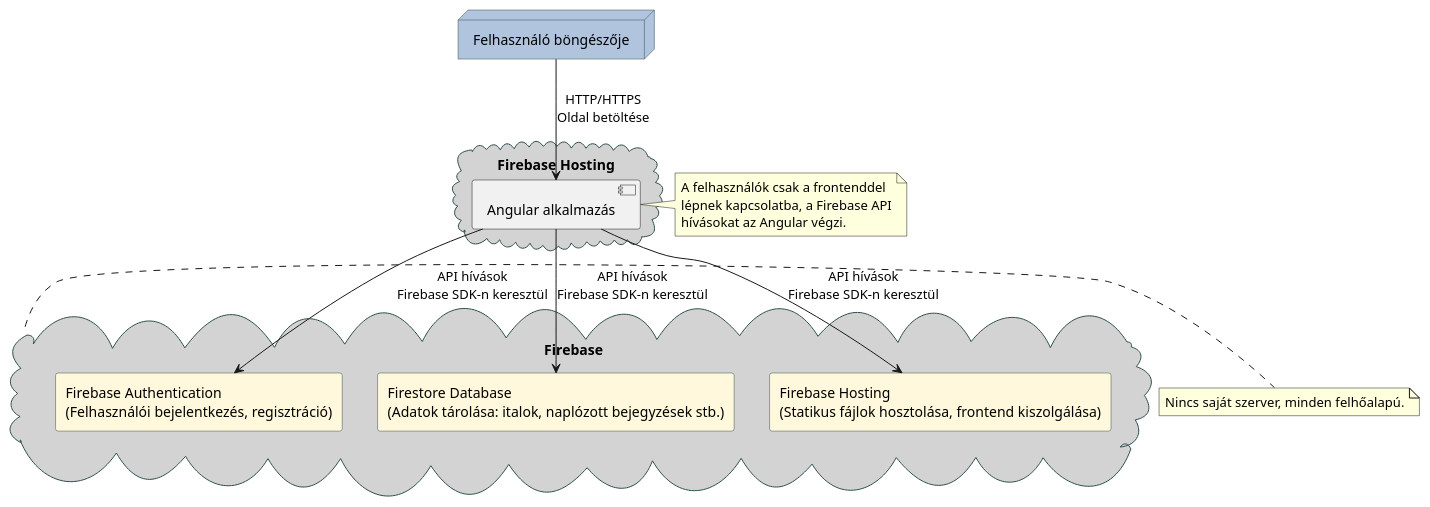
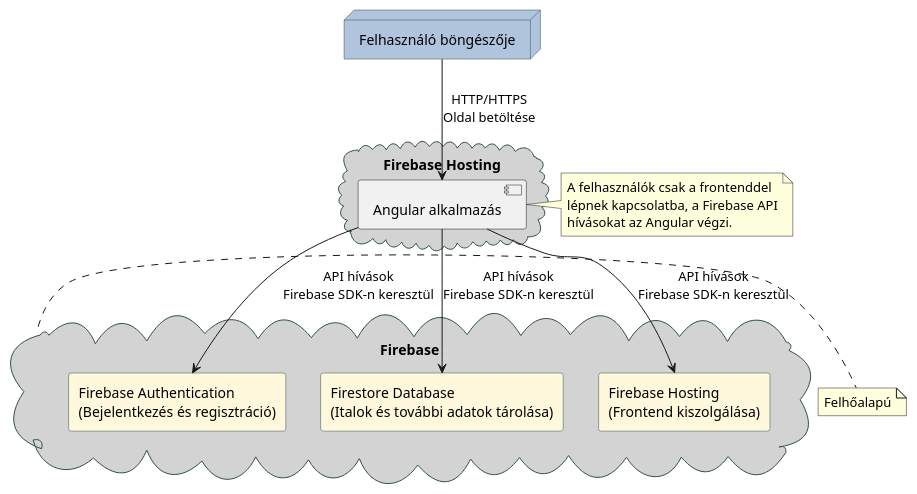
Before and after one commit to rozsapatrik/zero-tolerance-app: the diagram in src/assets/deployment-diagram.plantuml, drawn with PlantUML.

Commit message:
Shorten deployment diagram descriptions

```diff
--- a/src/assets/deployment-diagram.plantuml
+++ b/src/assets/deployment-diagram.plantuml
@@ -1,46 +1,46 @@
 @startuml
 skinparam componentStyle uml2
 skinparam rectangle {
   BackgroundColor Cornsilk
   BorderColor DarkSlateGray
   FontName Arial
 }
 
 skinparam node {
   BackgroundColor LightSteelBlue
   BorderColor DarkSlateGray
   FontName Arial
 }
 
 skinparam cloud {
   BackgroundColor LightGrey
   BorderColor DarkSlateGray
   FontName Arial
 }
 
 ' Kliens oldal
 node "Felhasználó böngészője" as Browser
 
 ' Frontend oldal
 cloud "Firebase Hosting" {
   [Angular alkalmazás] as Frontend
 }
 
 ' Backend szolgáltatások (Firebase)
 cloud "Firebase" {
-  rectangle "Firebase Authentication\n(Felhasználói bejelentkezés, regisztráció)" as Auth
-  rectangle "Firestore Database\n(Adatok tárolása: italok, naplózott bejegyzések stb.)" as Firestore
-  rectangle "Firebase Hosting\n(Statikus fájlok hosztolása, frontend kiszolgálása)" as Hosting
+  rectangle "Firebase Authentication\n(Bejelentkezés és regisztráció)" as Auth
+  rectangle "Firestore Database\n(Italok és további adatok tárolása)" as Firestore
+  rectangle "Firebase Hosting\n(Frontend kiszolgálása)" as Hosting
 }
 
 ' Kommunikáció
 Browser --> Frontend : "HTTP/HTTPS\nOldal betöltése"
 Frontend --> Auth : "API hívások\nFirebase SDK-n keresztül"
 Frontend --> Firestore : "API hívások\nFirebase SDK-n keresztül"
 Frontend --> Hosting : "API hívások\nFirebase SDK-n keresztül"
 
 ' Kiegészítések
-note right of Firebase : Nincs saját szerver, minden felhőalapú.
+note right of Firebase : Felhőalapú
 note right of Frontend : A felhasználók csak a frontenddel\nlépnek kapcsolatba, a Firebase API\nhívásokat az Angular végzi.
 
 @enduml
```
